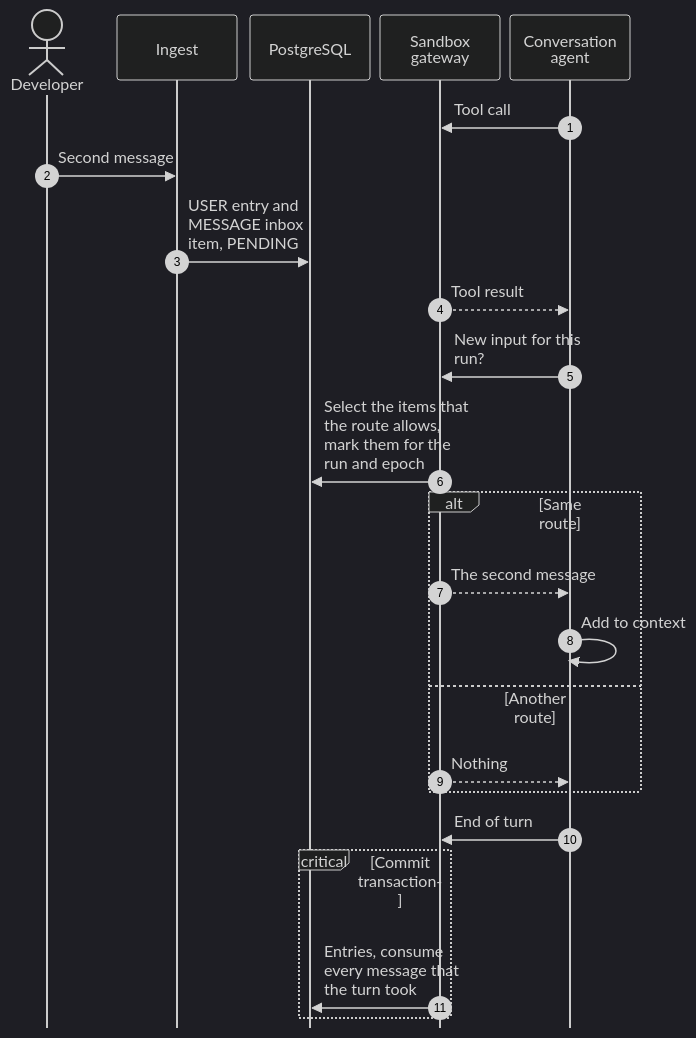
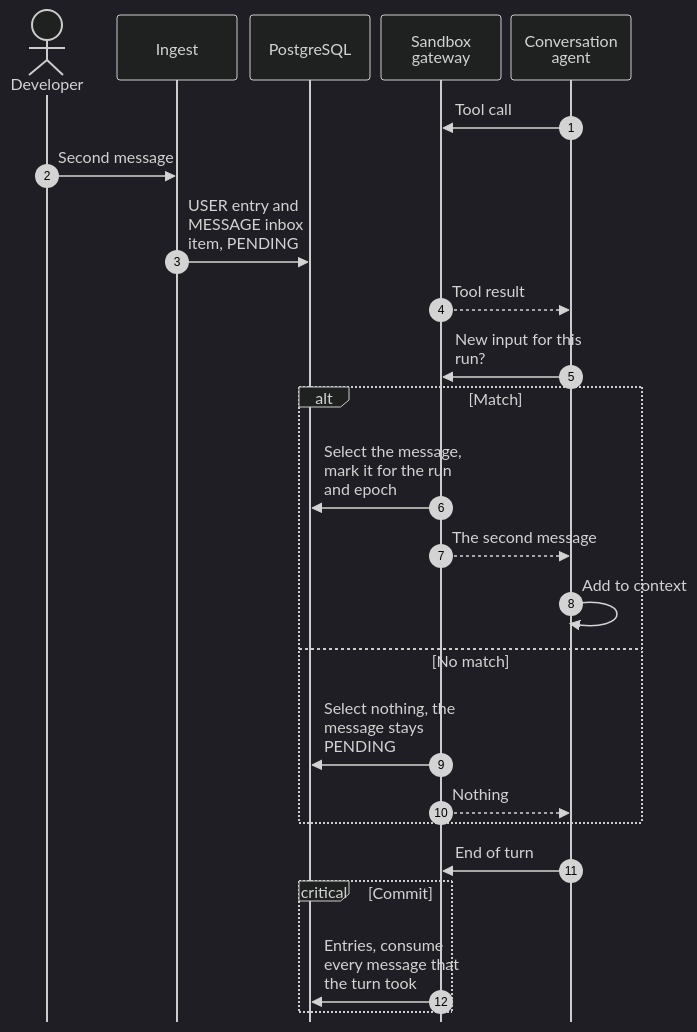
One commit to hephaestus-build/Hephaestus changed the sixth of 9 diagrams in docs/contributor/conversation-core.mdx. Above: the diagram before and after it, drawn with Mermaid (dark theme). The commit also changed other lines of this file, not shown here.

````diff
--- a/docs/contributor/conversation-core.mdx
+++ b/docs/contributor/conversation-core.mdx
@@ -438,36 +444,37 @@
 ```mermaid
 ---
 config:
   sequence:
     actorMargin: 10
     width: 120
     wrap: true
     messageAlign: left
     mirrorActors: false
 ---
 sequenceDiagram
     accTitle: Steering at a tool-result boundary
     accDescr: An interactive turn runs a tool. The developer sends a second message, which ingest stores as pending. After the tool result, the runner asks the gateway for new input. A compatible message is marked for this run and epoch and enters the turn. A message for another route stays pending and starts its own turn. The commit consumes every message that the turn took.
     autonumber
     actor D as Developer
     participant I as Ingest
     participant DB as PostgreSQL
     participant G as Sandbox gateway
     participant M as Conversation agent
     M->>G: Tool call
     D->>I: Second message
     I->>DB: USER entry and MESSAGE inbox item, PENDING
     G-->>M: Tool result
     M->>G: New input for this run?
-    G->>DB: Select the items that the route allows, mark them for the run and epoch
-    alt Same route
+    alt Match
+        G->>DB: Select the message, mark it for the run and epoch
         G-->>M: The second message
         M->>M: Add to context
-    else Another route
+    else No match
+        G->>DB: Select nothing, the message stays PENDING
         G-->>M: Nothing
     end
     M->>G: End of turn
-    critical Commit transaction
+    critical Commit
         G->>DB: Entries, consume every message that the turn took
     end
 ```
````
